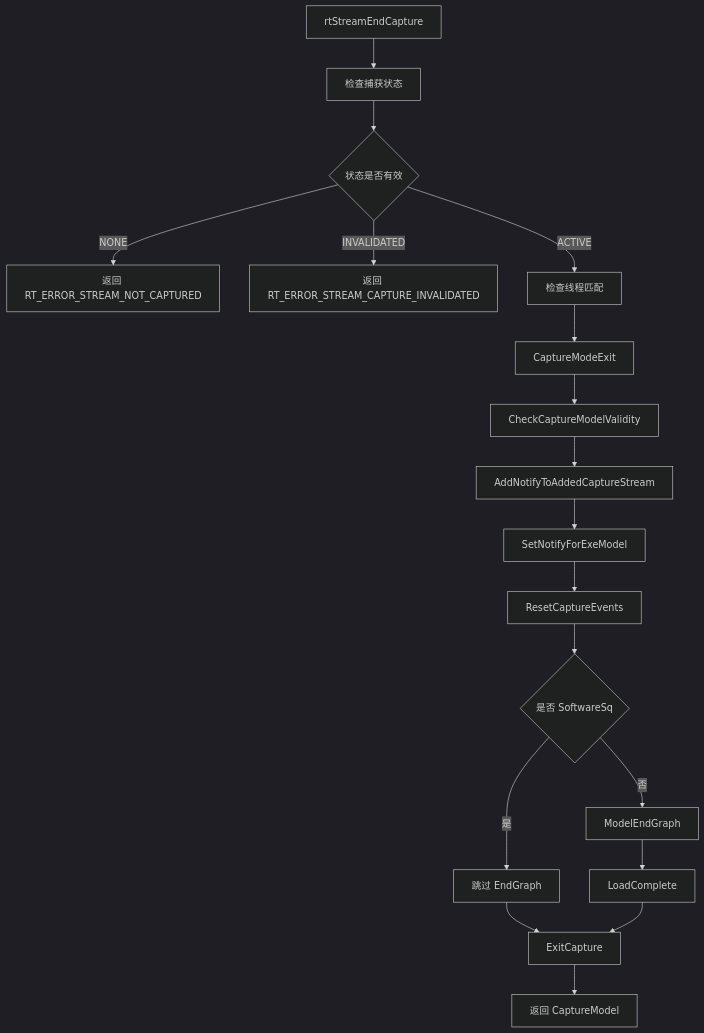
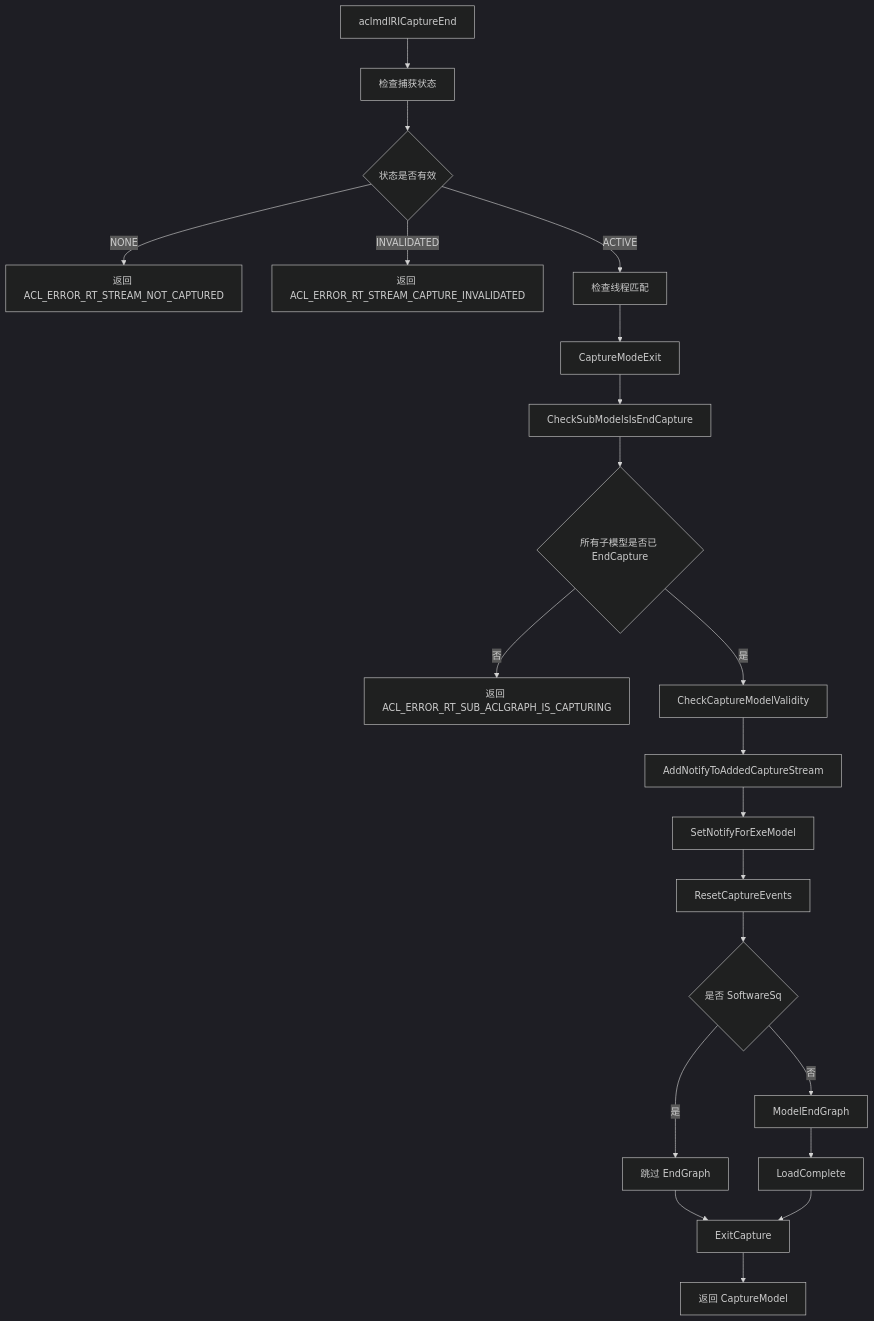
One commit to 18liumin/runtime changed the ninth of 15 diagrams in docs/design/features/aclgraph.md. Above: the diagram before and after it, drawn with Mermaid (dark theme). The commit also changed other lines of this file, not shown here.

First line of the commit message:
【PR】: 简要描述 aclgraph cond design描述

````diff
--- a/docs/design/features/aclgraph.md
+++ b/docs/design/features/aclgraph.md
@@ -366,20 +638,23 @@
 ```mermaid
 flowchart TD
-    A[rtStreamEndCapture] --> B[检查捕获状态]
+    A[aclmdlRICaptureEnd] --> B[检查捕获状态]
     B --> C{状态是否有效}
-    C -->|NONE| D[返回 RT_ERROR_STREAM_NOT_CAPTURED]
-    C -->|INVALIDATED| E[返回 RT_ERROR_STREAM_CAPTURE_INVALIDATED]
+    C -->|NONE| D[返回 ACL_ERROR_RT_STREAM_NOT_CAPTURED]
+    C -->|INVALIDATED| E[返回 ACL_ERROR_RT_STREAM_CAPTURE_INVALIDATED]
     C -->|ACTIVE| F[检查线程匹配]
     F --> G[CaptureModeExit]
-    G --> H[CheckCaptureModelValidity]
-    H --> I[AddNotifyToAddedCaptureStream]
-    I --> J[SetNotifyForExeModel]
-    J --> K[ResetCaptureEvents]
-    K --> L{是否 SoftwareSq}
-    L -->|否| M[ModelEndGraph]
-    L -->|是| N[跳过 EndGraph]
-    M --> O[LoadComplete]
-    N --> P[ExitCapture]
-    O --> P
-    P --> Q[返回 CaptureModel]
+    G --> H[CheckSubModelsIsEndCapture]
+    H --> I{所有子模型是否已 EndCapture}
+    I -->|否| J[返回 ACL_ERROR_RT_SUB_ACLGRAPH_IS_CAPTURING]
+    I -->|是| K[CheckCaptureModelValidity]
+    K --> L[AddNotifyToAddedCaptureStream]
+    L --> M[SetNotifyForExeModel]
+    M --> N[ResetCaptureEvents]
+    N --> O{是否 SoftwareSq}
+    O -->|否| P[ModelEndGraph]
+    O -->|是| Q[跳过 EndGraph]
+    P --> R[LoadComplete]
+    Q --> S[ExitCapture]
+    R --> S
+    S --> T[返回 CaptureModel]
 ```
````
